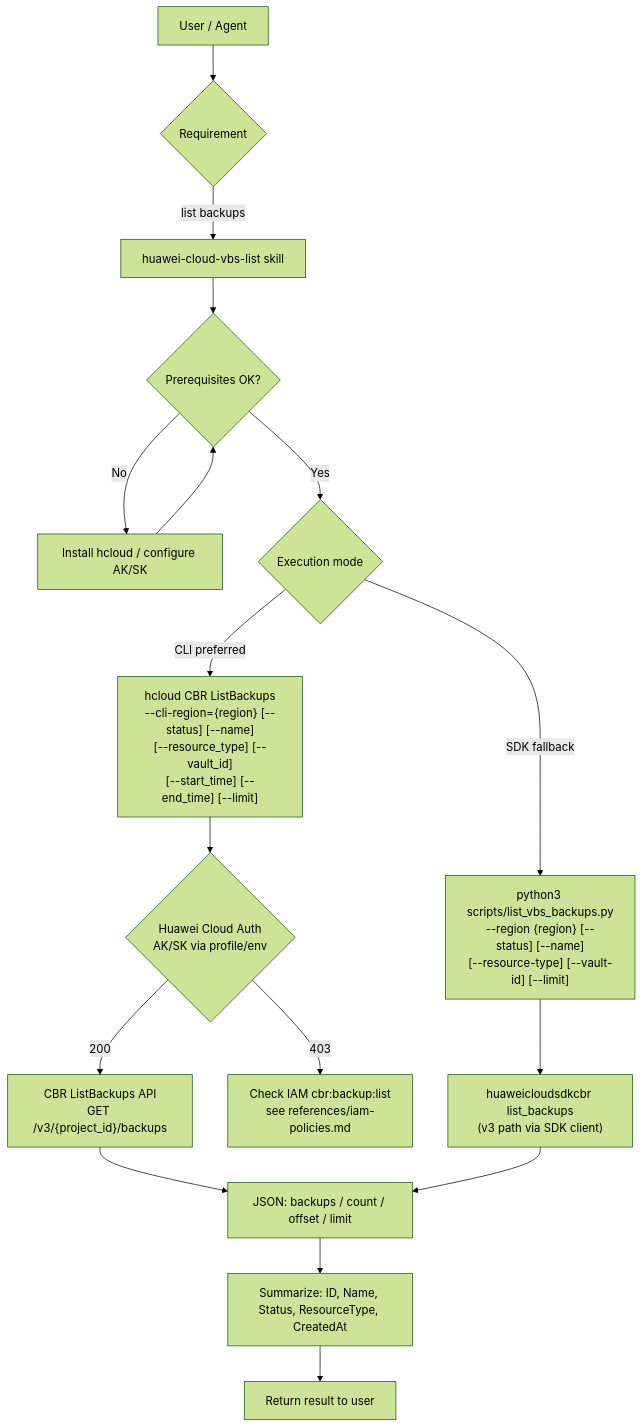
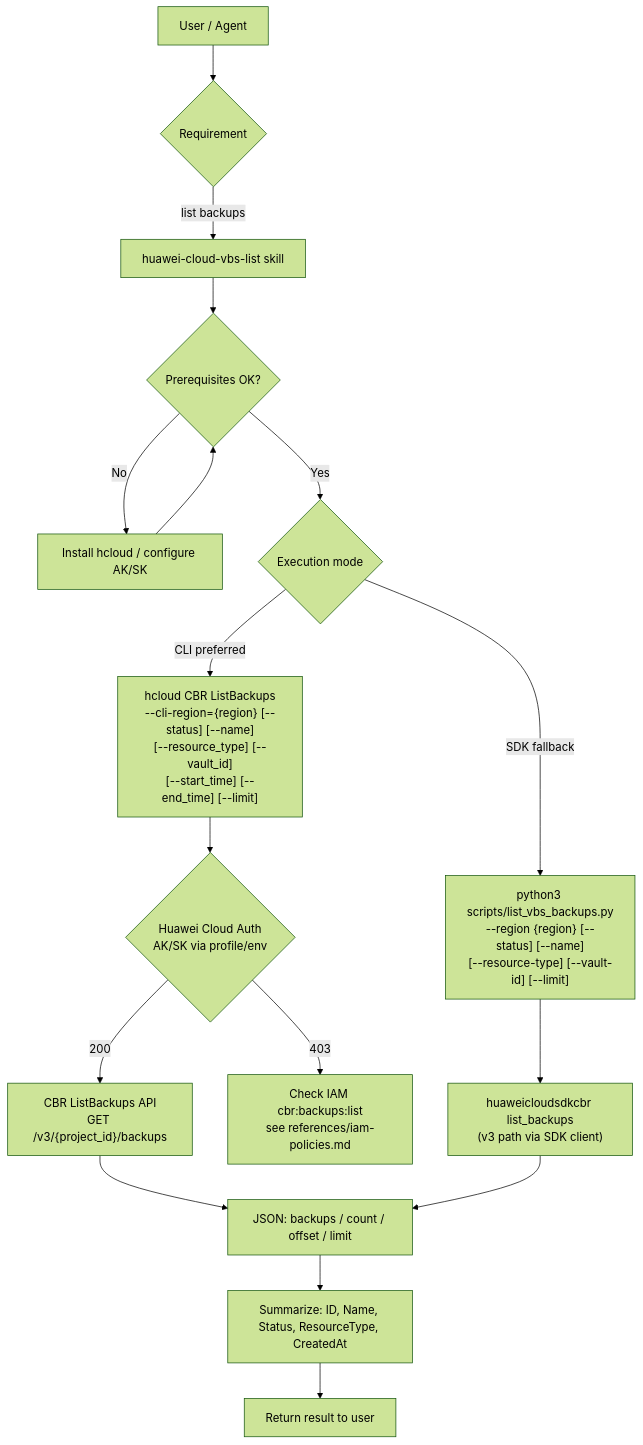
The diagram in skills/storage/cbr/huawei-cloud-vbs-list/references/dataflow-diagram.md (huaweicloud-dev/huaweicloud-skills-dev), drawn with Mermaid (forest theme) before and after one commit. The commit also changed 4 other files, not shown here.

First line of the commit message:
fix: correct CBR IAM action names to plural form (cbr:backups:list)

````diff
--- a/skills/storage/cbr/huawei-cloud-vbs-list/references/dataflow-diagram.md
+++ b/skills/storage/cbr/huawei-cloud-vbs-list/references/dataflow-diagram.md
@@ -3,24 +3,24 @@
 ```mermaid
 flowchart TD
     U[User / Agent] --> Q{Requirement}
     Q -->|"list backups"| S[huawei-cloud-vbs-list skill]
 
     S --> P1{Prerequisites OK?}
     P1 -->|No| INSTALL[Install hcloud / configure AK/SK]
     INSTALL --> P1
     P1 -->|Yes| M{Execution mode}
 
     M -->|CLI preferred| CLI["hcloud CBR ListBackups\n--cli-region={region} [--status] [--name]\n[--resource_type] [--vault_id]\n[--start_time] [--end_time] [--limit]"]
     M -->|SDK fallback| SDK["python3 scripts/list_vbs_backups.py\n--region {region} [--status] [--name]\n[--resource-type] [--vault-id] [--limit]"]
 
     CLI --> AUTH{Huawei Cloud Auth\nAK/SK via profile/env}
     AUTH -->|200| API["CBR ListBackups API\nGET /v3/{project_id}/backups"]
-    AUTH -->|403| PERM["Check IAM cbr:backup:list\nsee references/iam-policies.md"]
+    AUTH -->|403| PERM["Check IAM cbr:backups:list\nsee references/iam-policies.md"]
 
     SDK --> SDKAPI["huaweicloudsdkcbr list_backups\n(v3 path via SDK client)"]
 
     API --> RESP[JSON: backups / count / offset / limit]
     SDKAPI --> RESP
     RESP --> SUMMARY[Summarize: ID, Name, Status, ResourceType, CreatedAt]
     SUMMARY --> OUT[Return result to user]
 ```
````
